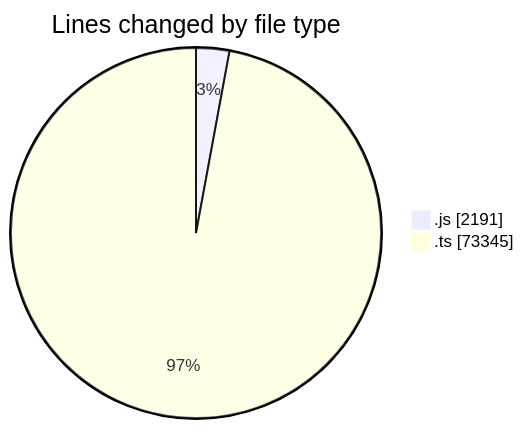
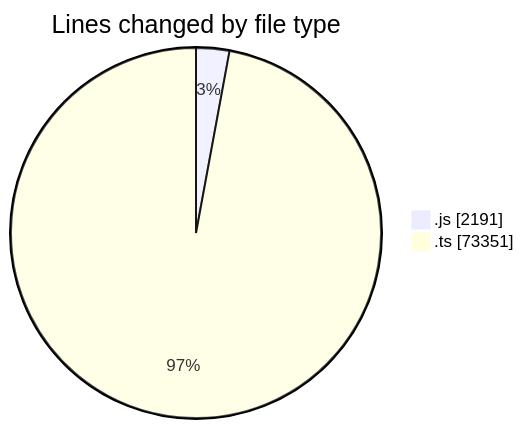
The first of 2 diagrams in 2025-06-19/cda/README.md (momahboobian/code-tracking), drawn with Mermaid before and after one commit. The commit also changed other lines of this file and 1 other file, not shown here.

````diff
--- a/2025-06-19/cda/README.md
+++ b/2025-06-19/cda/README.md
@@ -40,6 +40,6 @@
 ```mermaid
 pie showData
 title Lines changed by file type
 ".js" : 2191
-".ts" : 73345
+".ts" : 73351
 ```
````
